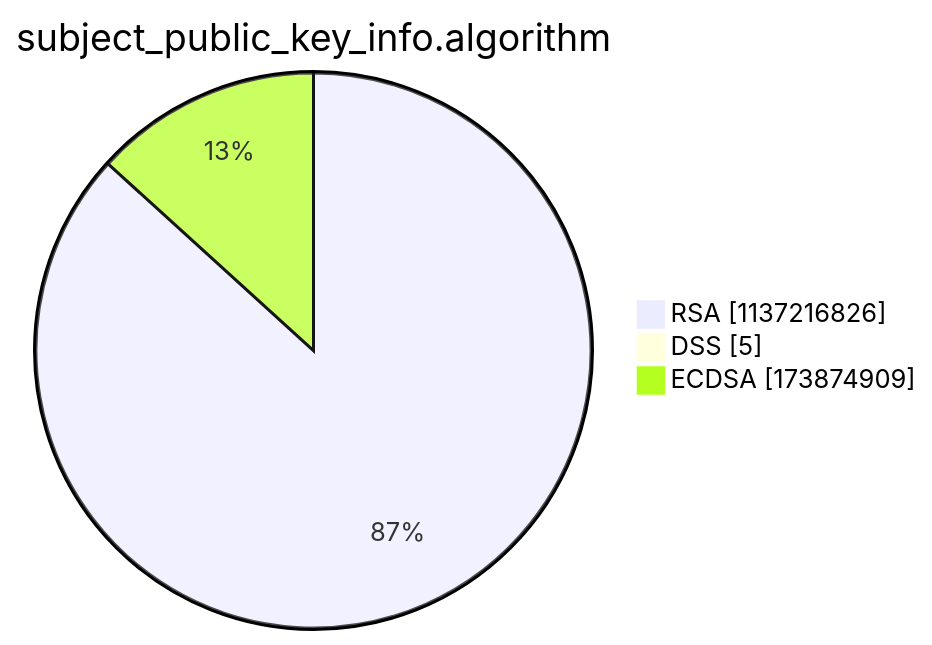
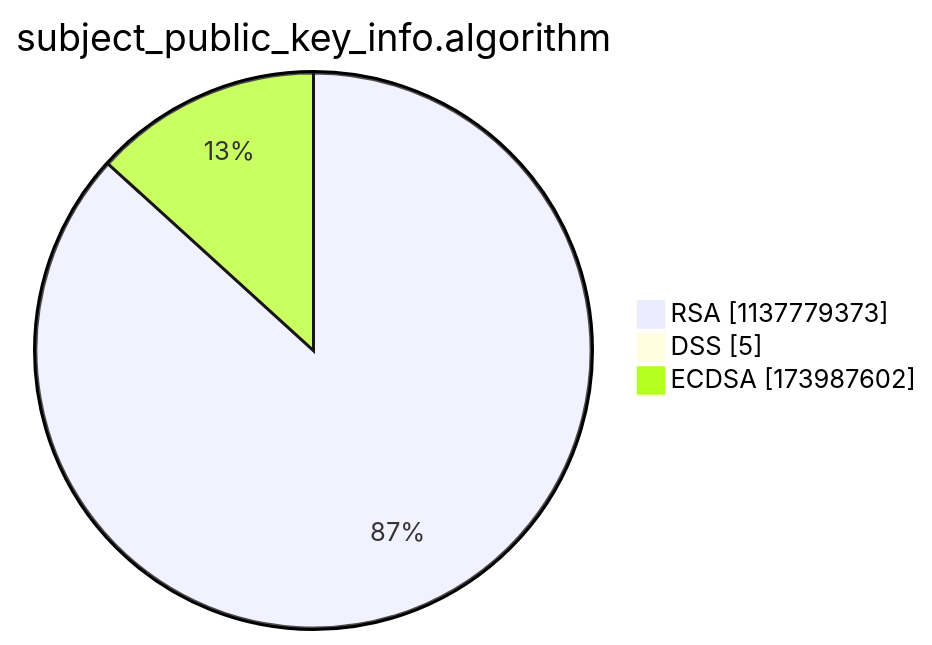
One commit to christiankrug/ctmonitor_visualization changed the third of 15 diagrams in argon2022/README.md. Above: the diagram before and after it, drawn with Mermaid. The commit also changed other lines of this file, not shown here.

````diff
--- a/argon2022/README.md
+++ b/argon2022/README.md
@@ -14,7 +14,7 @@
 ```mermaid
 pie showData
 title subject_public_key_info.algorithm
-"RSA" :1137216826
+"RSA" :1137779373
 "DSS" :5
-"ECDSA" :173874909
+"ECDSA" :173987602
 ```
````
